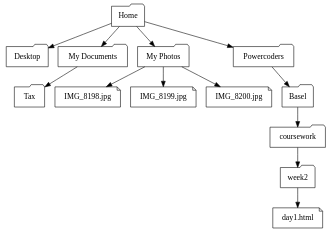
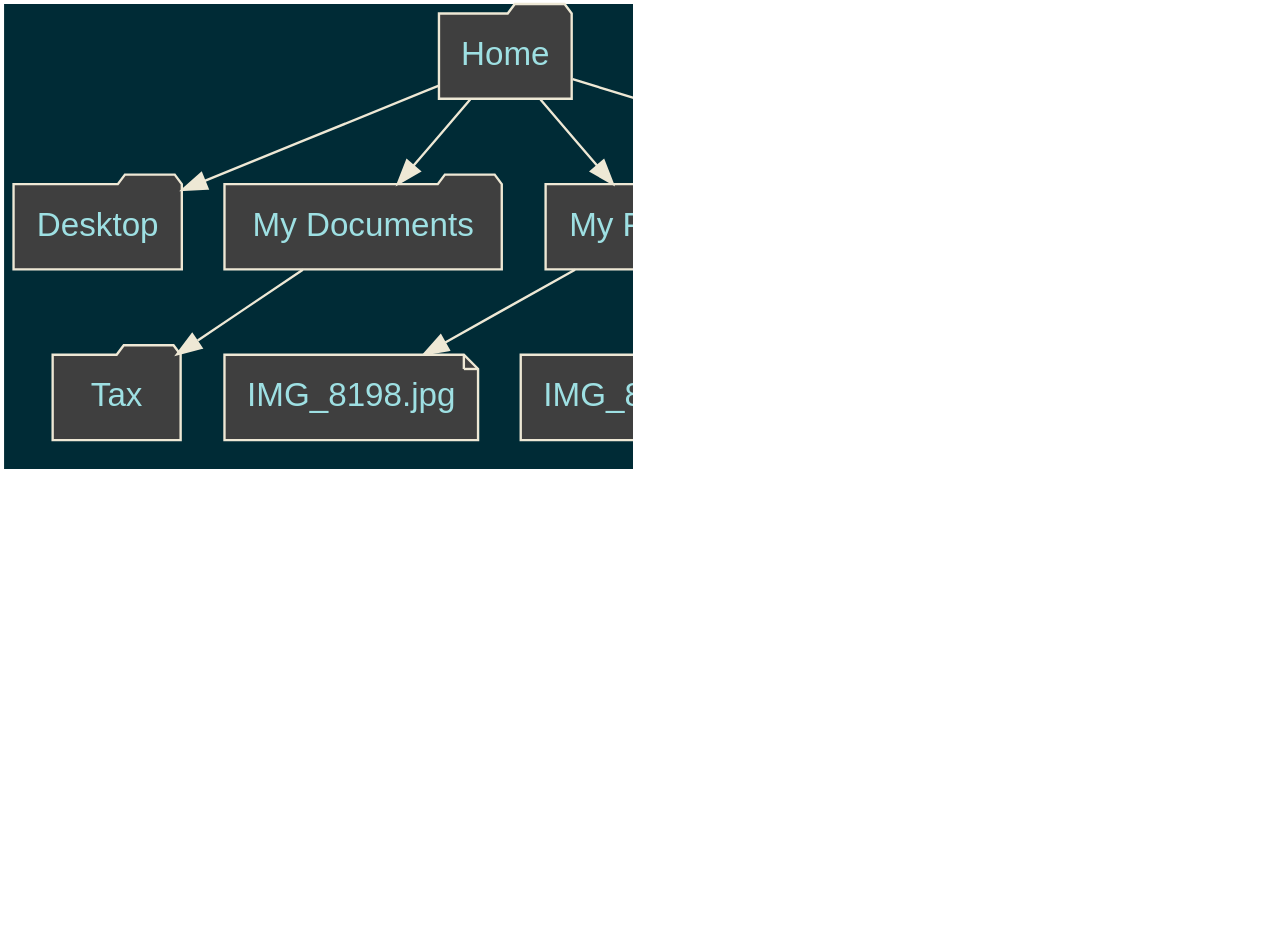
The second of 2 diagrams in courseware/week1/day1.org (nikclayton/web-courseware), drawn with Graphviz before and after one commit. The commit also changed other lines of this file, not shown here.

```diff
--- a/courseware/week1/day1.org
+++ b/courseware/week1/day1.org
@@ -397,33 +396,37 @@
-#+BEGIN_SRC dot :file tree-filesystem.svg :cmdline -Tsvg -Gstylesheet=../graphviz.css
+#+BEGIN_SRC dot :file tree-filesystem.png :cmdline -Tpng -Gstylesheet=../graphviz.css
 digraph G {
+  graph [dpi=148 scale=1 bgcolor="#002b36"];
+  node [style="filled" fontname="sans-serif" fontcolor="#9ee0e3" color="#eee8d5" fillcolor="#3f3f3f"];
+  edge [color="#eee8d5"];
+
   node [shape="folder"];
 
   home [label="Home"]
   desktop [label="Desktop"];
   documents [label="My Documents"];
   tax [label="Tax"];
   photos [label="My Photos"];
   poco [label="Powercoders"];
   basel [label="Basel"];
   coursework [label="coursework"]
   week2 [label="week2"];
   day1 [label="day1.html" shape="note"];
 
   img8198 [label="IMG_8198.jpg" shape="note"];
   img8199 [label="IMG_8199.jpg" shape="note"];
   img8200 [label="IMG_8200.jpg" shape="note"];
 
   home -> desktop;
   home -> documents;
   documents -> tax;
   home -> photos;
   photos -> img8198;
   photos -> img8199;
   photos -> img8200;
   home -> poco;
   poco -> basel;
   basel -> coursework;
   coursework -> week2;
   week2 -> day1;
 }
 #+END_SRC
```
